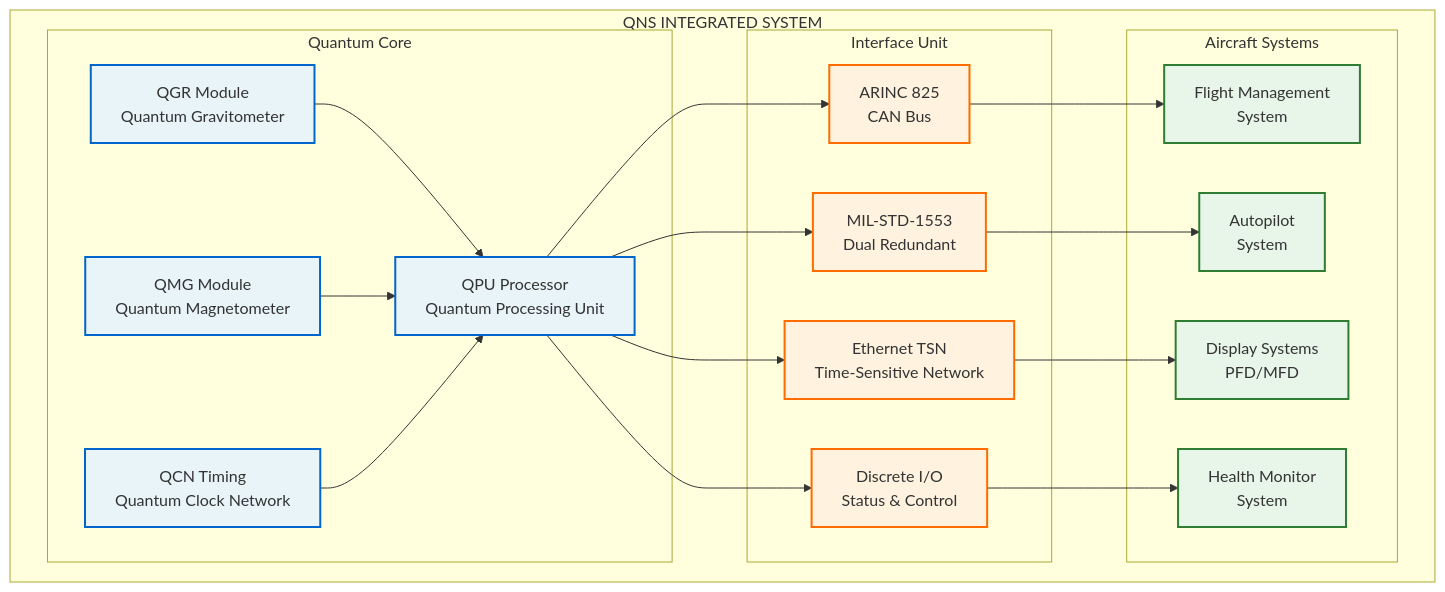
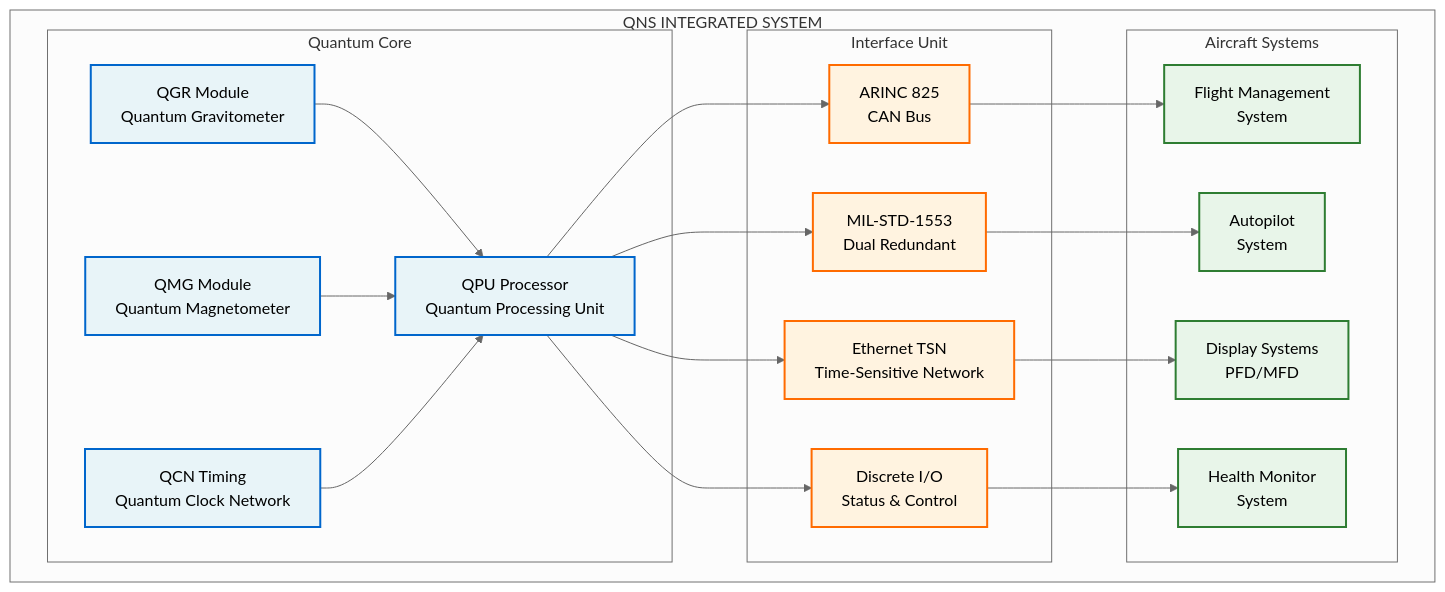
The first of 7 diagrams in PRODUCT_LINES/QUANTUM/QUANTUM_SOFTWARE/DESIGN/QNS_NAVIGATION/DES_INTEGRATION/QUA-QNS01-25SVD0001-DES-BOB-IND-TD-QCSAA-918-000-00-01-TPL-DES-220-QIND-v1.0.0.md (Robbbo-T/A-Q-U-A_V), drawn with Mermaid before and after one commit. The commit also changed other lines of this file, not shown here.

````diff
--- a/PRODUCT_LINES/QUANTUM/QUANTUM_SOFTWARE/DESIGN/QNS_NAVIGATION/DES_INTEGRATION/QUA-QNS01-25SVD0001-DES-BOB-IND-TD-QCSAA-918-000-00-01-TPL-DES-220-QIND-v1.0.0.md
+++ b/PRODUCT_LINES/QUANTUM/QUANTUM_SOFTWARE/DESIGN/QNS_NAVIGATION/DES_INTEGRATION/QUA-QNS01-25SVD0001-DES-BOB-IND-TD-QCSAA-918-000-00-01-TPL-DES-220-QIND-v1.0.0.md
@@ -40,51 +40,52 @@
 ```mermaid
+%%{init: {'theme':'neutral', 'themeVariables': {'primaryTextColor':'#000', 'primaryColor':'#e8f4f8', 'primaryBorderColor':'#0066cc', 'secondaryColor':'#fff3e0', 'tertiaryColor':'#e8f5e9', 'fontFamily':'Arial, sans-serif'}}}%%
 graph TB
     subgraph "QNS INTEGRATED SYSTEM"
         subgraph "Quantum Core"
             QGR[QGR Module<br/>Quantum Gravitometer]
             QMG[QMG Module<br/>Quantum Magnetometer]
             QPU[QPU Processor<br/>Quantum Processing Unit]
             QCN[QCN Timing<br/>Quantum Clock Network]
         end
         
         subgraph "Interface Unit"
             ARINC[ARINC 825<br/>CAN Bus]
             MIL[MIL-STD-1553<br/>Dual Redundant]
             ETH[Ethernet TSN<br/>Time-Sensitive Network]
             DIO[Discrete I/O<br/>Status & Control]
         end
         
         subgraph "Aircraft Systems"
             FMS[Flight Management<br/>System]
             AP[Autopilot<br/>System]
             DIS[Display Systems<br/>PFD/MFD]
             HMS[Health Monitor<br/>System]
         end
     end
     
     %% Quantum Core Internal Connections
     QGR --> QPU
     QMG --> QPU
     QCN --> QPU
     
     %% Interface Connections
     QPU --> ARINC
     QPU --> MIL
     QPU --> ETH
     QPU --> DIO
     
     %% Aircraft System Connections
     ARINC --> FMS
     MIL --> AP
     ETH --> DIS
     DIO --> HMS
     
     %% Styling
-    classDef quantum fill:#e8f4f8,stroke:#0066cc,stroke-width:2px
-    classDef interface fill:#fff3e0,stroke:#ff6b00,stroke-width:2px
-    classDef aircraft fill:#e8f5e9,stroke:#2e7d32,stroke-width:2px
+    classDef quantum fill:#e8f4f8,stroke:#0066cc,stroke-width:2px,color:#000
+    classDef interface fill:#fff3e0,stroke:#ff6b00,stroke-width:2px,color:#000
+    classDef aircraft fill:#e8f5e9,stroke:#2e7d32,stroke-width:2px,color:#000
     
     class QGR,QMG,QPU,QCN quantum
     class ARINC,MIL,ETH,DIO interface
     class FMS,AP,DIS,HMS aircraft
 ```
````
